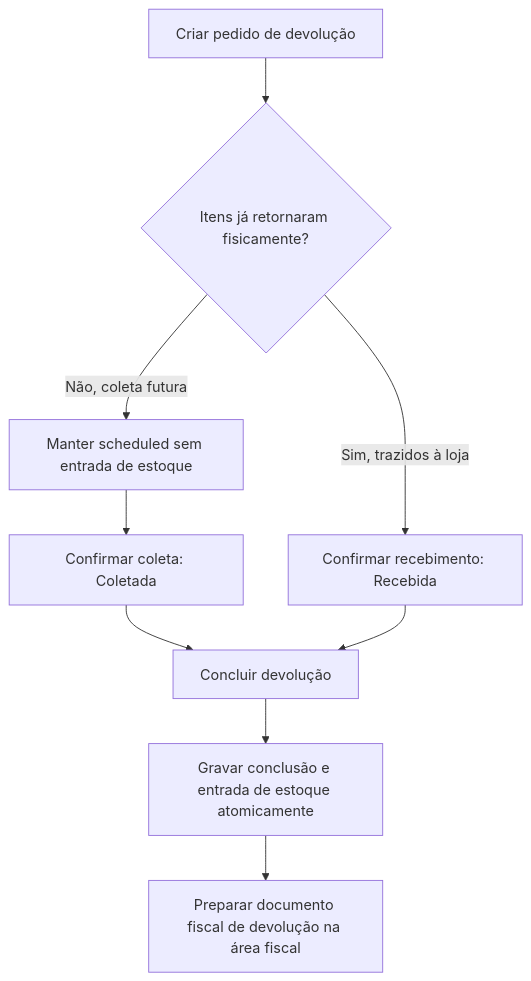
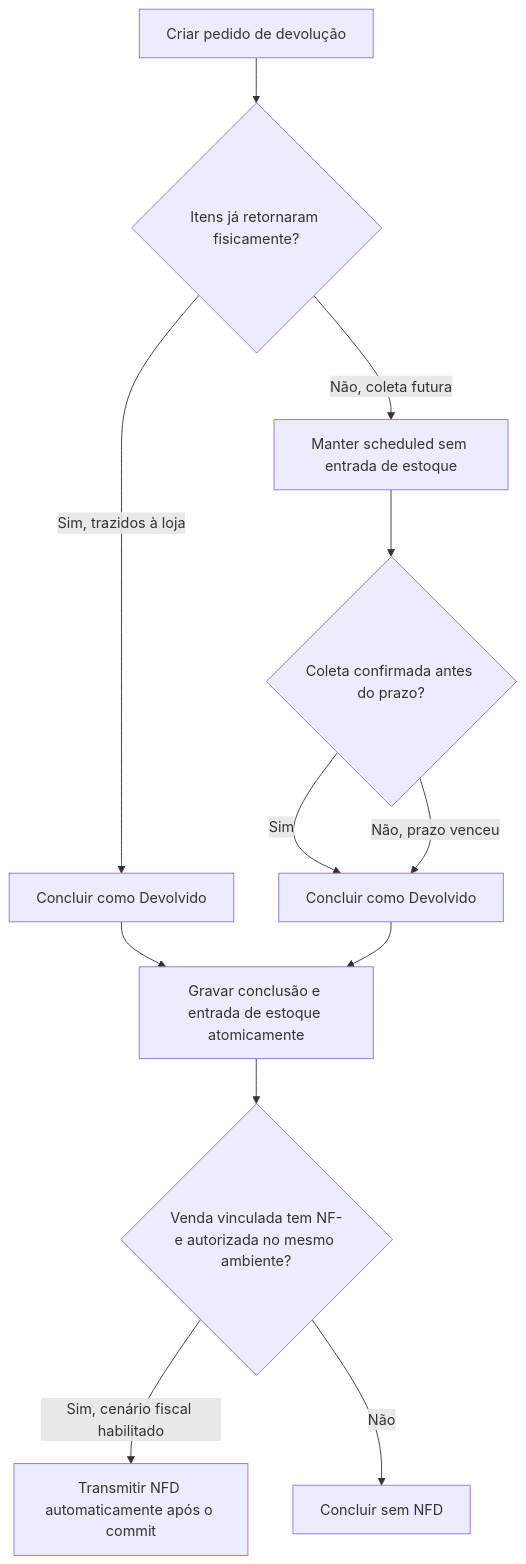
One commit to matheusmorante/moveismorantehub changed the diagram in docs/negocio/devolucoes/devolucoes-vinculadas-e-livres.md. Above: the diagram before and after it, drawn with Mermaid. The commit also changed other lines of this file and 190 other files, not shown here.

````diff
--- a/docs/negocio/devolucoes/devolucoes-vinculadas-e-livres.md
+++ b/docs/negocio/devolucoes/devolucoes-vinculadas-e-livres.md
@@ -17,11 +17,14 @@
 ```mermaid
 flowchart TD
   A[Criar pedido de devolução] --> B{Itens já retornaram fisicamente?}
   B -->|Não, coleta futura| C[Manter scheduled sem entrada de estoque]
-  C --> D[Confirmar coleta: Coletada]
-  B -->|Sim, trazidos à loja| E[Confirmar recebimento: Recebida]
-  D --> F[Concluir devolução]
-  E --> F
+  C --> D{Coleta confirmada antes do prazo?}
+  D -->|Sim| F[Concluir como Devolvido]
+  D -->|Não, prazo venceu| F
+  B -->|Sim, trazidos à loja| E[Concluir como Devolvido]
+  E --> G
   F --> G[Gravar conclusão e entrada de estoque atomicamente]
-  G --> H[Preparar documento fiscal de devolução na área fiscal]
+  G --> H{Venda vinculada tem NF-e autorizada no mesmo ambiente?}
+  H -->|Sim, cenário fiscal habilitado| I[Transmitir NFD automaticamente após o commit]
+  H -->|Não| J[Concluir sem NFD]
 ```
````
